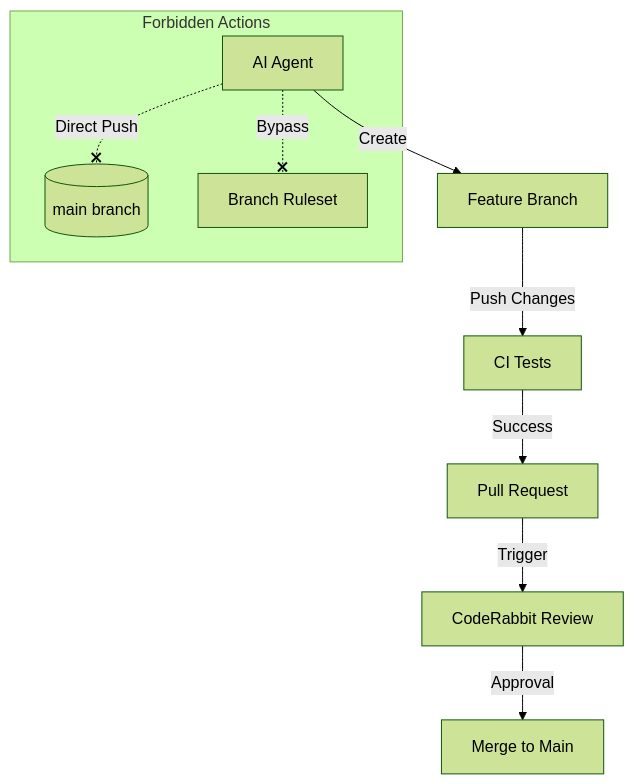
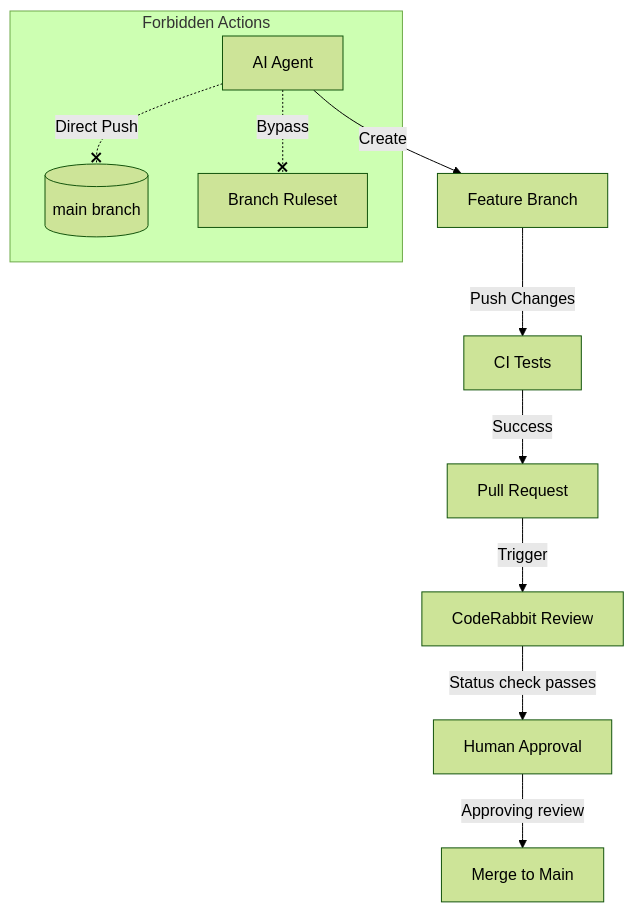
One commit to blixten85/repo-standard changed the diagram in .cubic/wiki/05-section-model-integration/01-page-ai-agents.md. Above: the diagram before and after it, drawn with Mermaid (forest theme). The commit also changed other lines of this file and 18 other files, not shown here.

````diff
--- a/.cubic/wiki/05-section-model-integration/01-page-ai-agents.md
+++ b/.cubic/wiki/05-section-model-integration/01-page-ai-agents.md
@@ -46,13 +46,14 @@
 ```mermaid
 flowchart TD
     Agent[AI Agent] -->|Create| BR[Feature Branch]
     BR -->|Push Changes| Tests[CI Tests]
     Tests -->|Success| PR[Pull Request]
     PR -->|Trigger| CR[CodeRabbit Review]
-    CR -->|Approval| Merge[Merge to Main]
-    
+    CR -->|Status check passes| ApprovalStep[Human Approval]
+    ApprovalStep -->|Approving review| Merge[Merge to Main]
+
     subgraph Forbidden Actions
         Agent -.-x|Direct Push| Main[(main branch)]
         Agent -.-x|Bypass| Rules[Branch Ruleset]
     end
 ```
````
